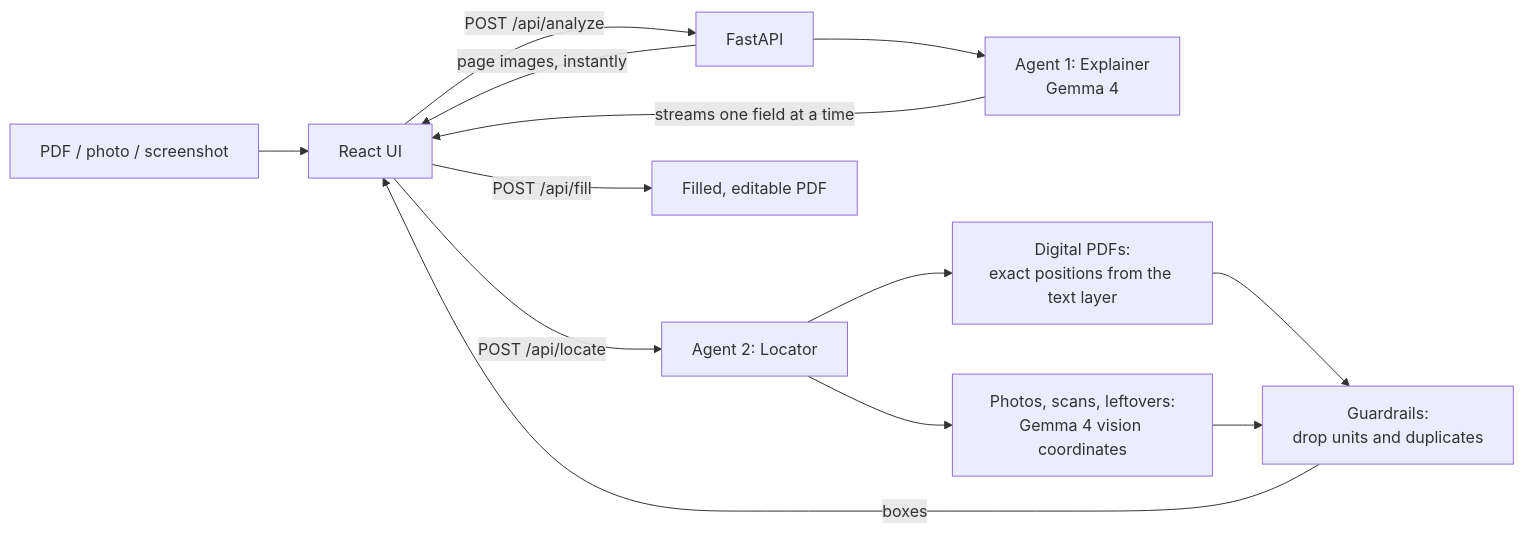
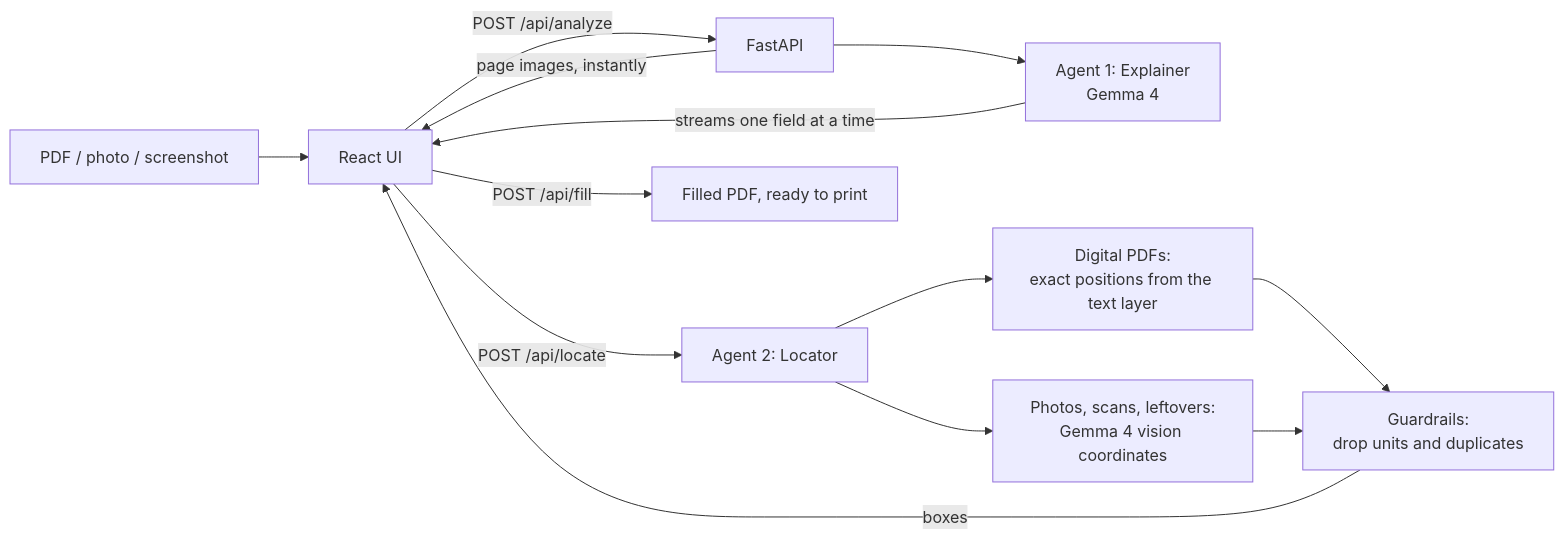
The diagram in README.md (taufeeq-mustafa/docpal), drawn with Mermaid before and after one commit. The commit also changed other lines of this file and 1 other file, not shown here.

````diff
--- a/README.md
+++ b/README.md
@@ -25,14 +26,14 @@
 ```mermaid
 flowchart LR
   U[PDF / photo / screenshot] --> UI[React UI]
   UI -->|POST /api/analyze| API[FastAPI]
   API -->|page images, instantly| UI
   API --> A1[Agent 1: Explainer<br/>Gemma 4]
   A1 -->|streams one field at a time| UI
   UI -->|POST /api/locate| A2[Agent 2: Locator]
   A2 --> T[Digital PDFs:<br/>exact positions from the text layer]
   A2 --> V[Photos, scans, leftovers:<br/>Gemma 4 vision coordinates]
   T & V --> G[Guardrails:<br/>drop units and duplicates]
   G -->|boxes| UI
-  UI -->|POST /api/fill| F[Filled, editable PDF]
+  UI -->|POST /api/fill| F[Filled PDF, ready to print]
 ```
````
